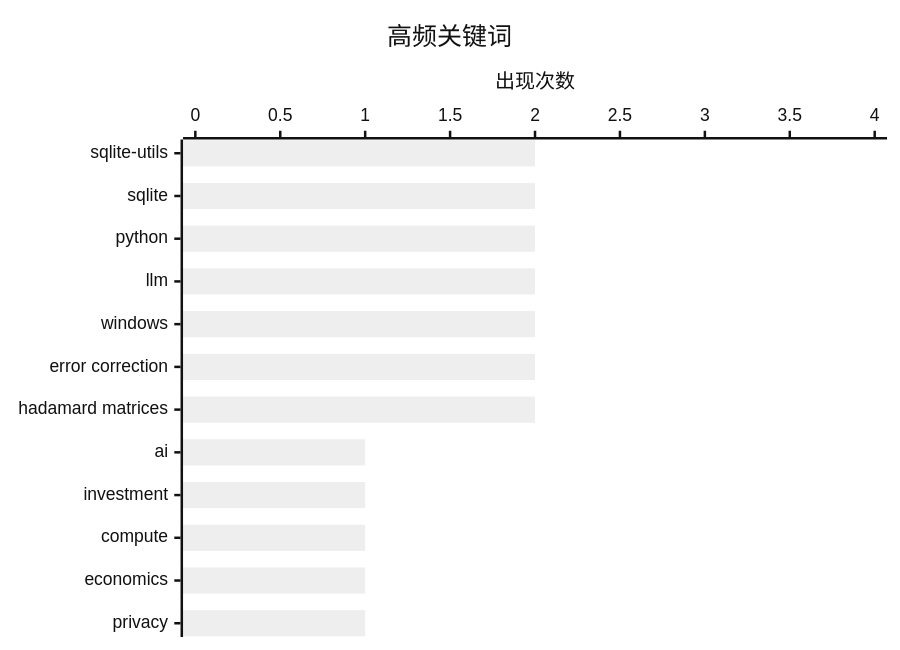
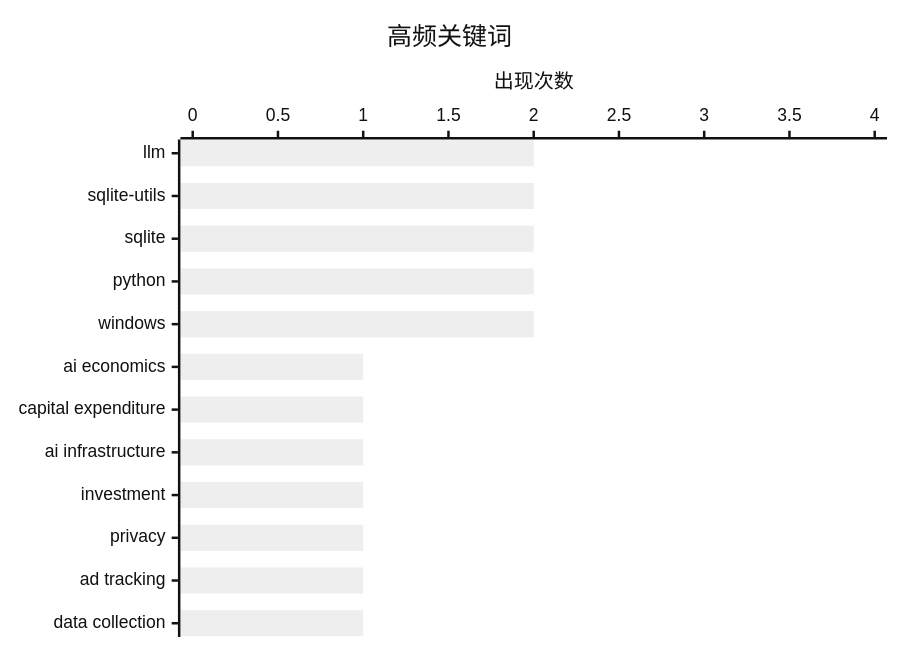
The second of 2 diagrams in docs/digest-20260815.md (AlexJJ009/ai-daily-digest-v2), drawn with Mermaid (neutral theme) before and after one commit. The commit also changed other lines of this file and 2 other files, not shown here.

````diff
--- a/docs/digest-20260815.md
+++ b/docs/digest-20260815.md
@@ -66,7 +65,7 @@
 ```mermaid
 xychart-beta horizontal
     title "高频关键词"
-    x-axis ["sqlite-utils", "sqlite", "python", "llm", "windows", "error correction", "hadamard matrices", "ai", "investment", "compute", "economics", "privacy"]
+    x-axis ["llm", "sqlite-utils", "sqlite", "python", "windows", "ai economics", "capital expenditure", "ai infrastructure", "investment", "privacy", "ad tracking", "data collection"]
     y-axis "出现次数" 0 --> 4
-    bar [2, 2, 2, 2, 2, 2, 2, 1, 1, 1, 1, 1]
+    bar [2, 2, 2, 2, 2, 1, 1, 1, 1, 1, 1, 1]
 ```
````
